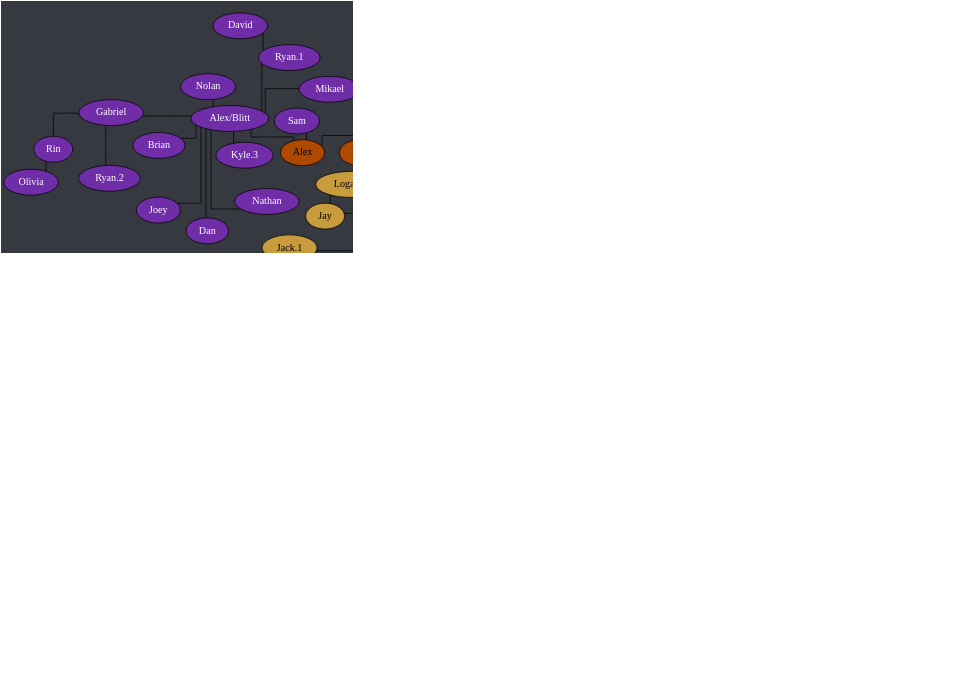
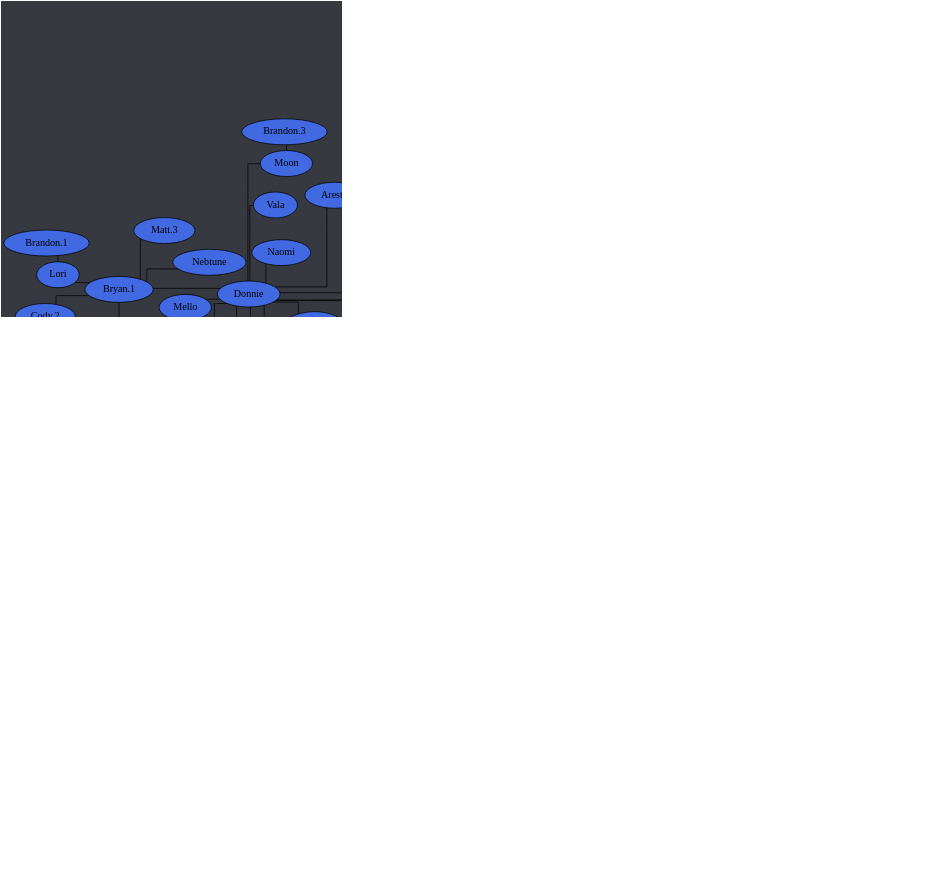
Before and after one commit to Documidas/CoronaCatzFamilyTree: the diagram in tree.dot, drawn with Graphviz. The commit also changed 1 other file, not shown here.

Commit message:
Add Steff, JC

```diff
--- a/tree.dot
+++ b/tree.dot
@@ -1,186 +1,188 @@
 strict graph {
 	// Layout Configuration
 	layout = neato;
 	dpi = 200;
 	epsilon = 0.01;
 	mode = major;
 	model = subset;
 	overlap = false;
 	splines = ortho;
 	start = rand;
 
 	// Visual Configuration
 	graph [ truecolor=true bgcolor="#36393f" ];
 	node [ style=filled fillcolor="gray" fontcolor="black" ];
 
 	subgraph "Joel" {
 		node [ style=filled fillcolor="firebrick4" fontcolor="white" ];
 		Joel [ style=filled fillcolor="gold" fontcolor="black" ];
 
 		Cayla -- Ali;
 		Cayla -- Jake;
 		Cayla -- Jonathan;
 		Cayla -- "Nick.1";
 		Cayla -- Ranger;
 		Cayla -- Ross;
 		Joel -- Anders;
 		Joel -- Austin;
 		Joel -- Cayla;
 		Joel -- Jared;
 		Joel -- Patrick;
 		Joel -- Steven;
 		Joel -- Zachry;
 		Zachry -- Syd;
 	}
 
 	subgraph "Anders" {
 		node [ style=filled fillcolor="green4" fontcolor="white" ];
 		// Anders [ style=filled fillcolor="green4" fontcolor="white" ];
 
 		Anders -- Chiara;
 		Anders -- "Cody.1";
 		Anders -- Cole;
 		Anders -- Daniel;
 		Anders -- Derek;
 		Anders -- DJ;
 		Anders -- Jen;
 		Anders -- "Matt.2";
 		Anders -- Solis;
 		Anders -- Wyatt;
 		Anders -- Viwat;
 		Anders -- "Zach.0";
 		Anders -- Zack;
 	}
 
 	subgraph "Jared" {
 		node [ style=filled fillcolor="royalblue" fontcolor="black" ];
 		// Jared [ style=filled fillcolor="royalblue" fontcolor="black" ];
 
 		Aly -- "Nick.2";
 		America -- "Kat.2";
 		Brandi -- Justine;
 		"Bryan.1" -- "Brandon.2";
 		"Bryan.1" -- "Cody.2";
 		"Bryan.1" -- Lori;
 		"Bryan.1" -- "Matt.3";
 		"Bryan.1" -- Nebtune;
 		Donnie -- Aiyo;
 		Donnie -- "Alex.2";
 		Donnie -- Aresty;
 		Donnie -- "Bryan.1";
 		Donnie -- Hua;
 		Donnie -- Mello;
 		Donnie -- Mia;
 		Donnie -- Mimi;
 		Donnie -- Moon;
 		Donnie -- "Nick.2";
 		Donnie -- Naomi;
 		Donnie -- Serge;
 		Donnie -- Vala;
 		Gaby -- "Chris.2";
 		Lori -- "Brandon.1";
 		Jared -- Alexander;
 		Jared -- Ben;
 		Jared -- Brandi;
 		Jared -- "Carter-1.0";
 		Jared -- Chad;
 		Jared -- Dave;
 		Jared -- Donnie;
 		Jared -- Em;
 		Jared -- Fabi;
 		Jared -- Frank;
 		Jared -- Hannah;
 		Jared -- "John Boi";
 		Jared -- "Josh.2";
 		Jared -- Mason;
 		Jared -- "Matt.1";
 		Jared -- Mehmet;
 		Jared -- Nam;
 		Jared -- Pixie;
 		Jared -- Spencer;
+		Jared -- Steff;
 		Jared -- Tyler;
 		Jared -- "Zach/Laniakea";
 		Jared -- Zoe;
 		"John Boi" -- Hardie;
 		Mimi -- Hia;
 		Moon -- "Brandon.3";
+		Steff -- JC;
 		Tyler -- Aly;
 		Tyler -- "Alex.3";
 		Tyler -- America;
 		Tyler -- "Bryan.2";
 		Tyler -- Gaby;
 		Zoe -- Aiden;
 		Zoe -- Simon;
 	}
 
 	subgraph "Zach/Laniakea" {
 		node [ style=filled fillcolor="#4eff2c" fontcolor="black" ];
 		// "Zach/Laniakea" [ style=filled fillcolor="#4eff2c" fontcolor="black" ];
 
 		"Caio.2" -- "Kyle.1";
 		"Caio.2" -- Lucas;
 		"Ryan/Des" -- Marcus;
 		"Zach/Laniakea" -- "Caio.2";
 		"Zach/Laniakea" -- John;
 		"Zach/Laniakea" -- "Logan.1";
 		"Zach/Laniakea" -- Kevin;
 		"Zach/Laniakea" -- Kody;
 		"Zach/Laniakea" -- "Kyle.0";
 		"Zach/Laniakea" -- Mike;
 		"Zach/Laniakea" -- "Ryan/Des";
 		"Zach/Laniakea" -- "Ryan/Winters";
 		"Ryan/Winters" -- "Zach.1";
 	}
 
 	subgraph "John" {
 		node [ style=filled fillcolor="#c89b3c" fontcolor="black" ];
 		// John [ style=filled fillcolor="#c89b3c" fontcolor="black" ];
 
 		Jay -- "Logan.2";
 		John -- Anna;
 		John -- Emily;
 		John -- Haber;
 		John -- Jay;
 		John -- "Jack.1";
 		John -- Lara;
 		John -- "Thomas.1";
 	}
 
 	subgraph "Thomas.1" {
 		node [ style=filled fillcolor="#b04900" fontcolor="black" ];
 		// "Thomas.1" [ style=filled fillcolor="#b04900" fontcolor="black" ];
 
 		"Da'Von" -- Dalton;
 		"Da'Von" -- Jon;
 		"Da'Von" -- Karma;
 		"Da'Von" -- Zeller;
 		Dalton -- "Carter.2";
 		"Thomas.1" -- Alex;
 		"Thomas.1" -- Christian;
 		"Thomas.1" -- "Da'Von";
 		"Thomas.1" -- Dre;
 		"Thomas.1" -- "Josh.1";
 		"Thomas.1" -- "Tony.1";
 	}
 
 	subgraph "Alex" {
 		node [ style=filled fillcolor="#6f2da8" fontcolor="white" ];
 		// Alex [ style=filled fillcolor="#6f2da8" fontcolor="black" ];
 
 		Alex -- "Alex/Blitt";
 		Alex -- Sam;
 		"Alex/Blitt" -- Brian;
 		"Alex/Blitt" -- Dan;
 		"Alex/Blitt" -- Gabriel;
 		"Alex/Blitt" -- Joey;
 		"Alex/Blitt" -- "Kyle.3";
 		"Alex/Blitt" -- Mikael;
 		"Alex/Blitt" -- Nathan;
 		"Alex/Blitt" -- Nolan;
 		"Alex/Blitt" -- "Ryan.1";
 		Gabriel -- Rin;
 		Gabriel -- "Ryan.2";
 		Rin -- Olivia;
 		"Ryan.1" -- David;
 	}
 }
```
